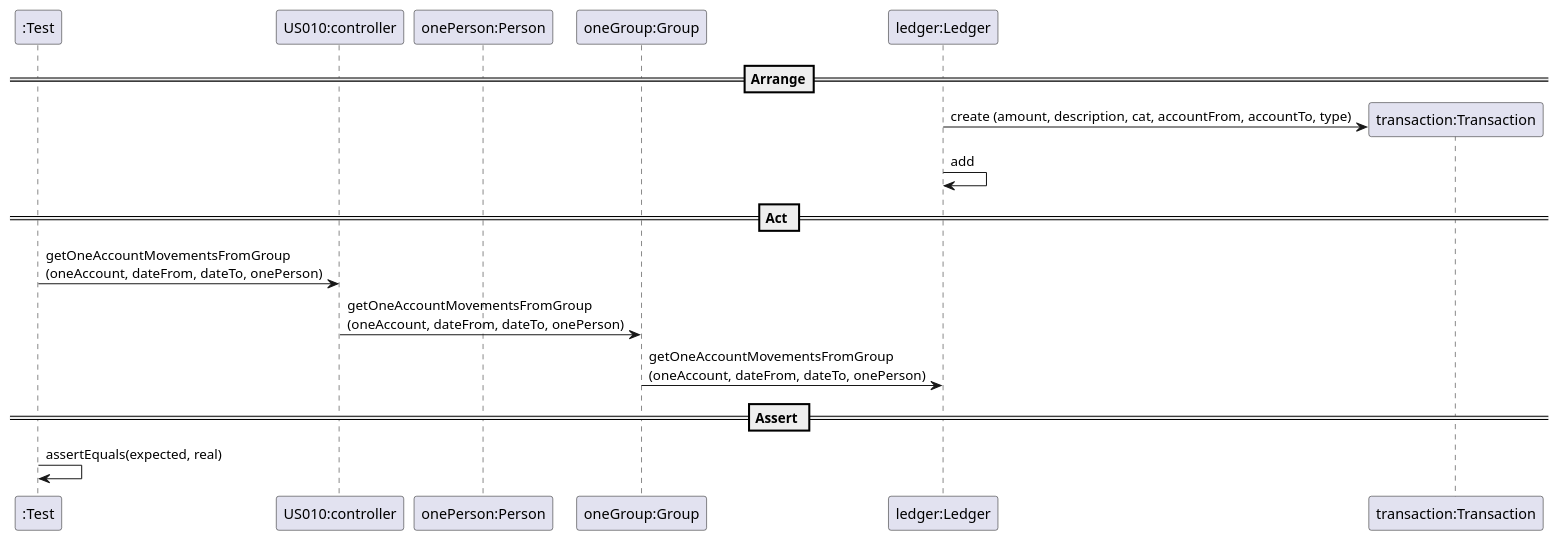
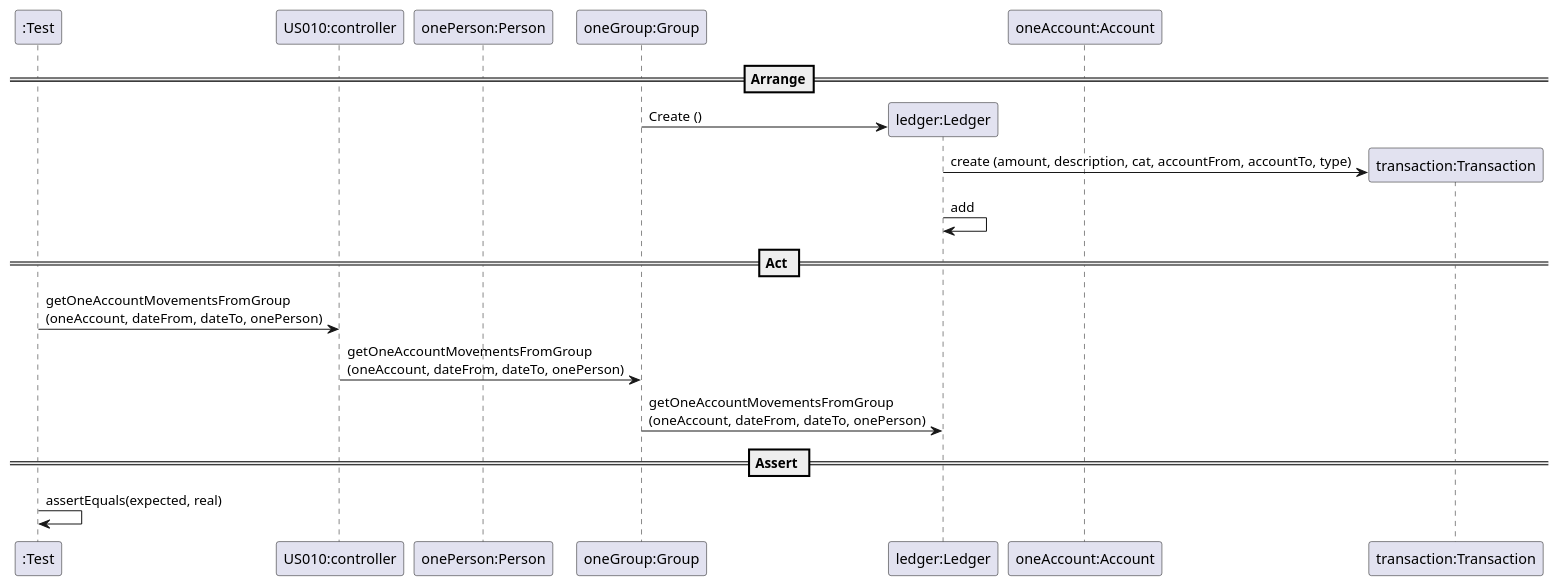
Before and after one commit to mleitaoribeiro/DevOpsMaven: the diagram in docs/SequenceDiagram - US010 - B.puml, drawn with PlantUML.

Commit message:
ref #389: changed Sequence Diagram - US010 - B

```diff
--- a/docs/SequenceDiagram - US010 - B.puml
+++ b/docs/SequenceDiagram - US010 - B.puml
@@ -1,32 +1,36 @@
 @startuml
 create ":Test"
 
 ==Arrange==
 
 create "US010:controller"
 
 create "onePerson:Person"
 
 create "oneGroup:Group"
 
 create "ledger:Ledger"
+
+"oneGroup:Group" -> "ledger:Ledger" : Create ()
+
+create "oneAccount:Account"
 
 create "transaction:Transaction"
 
 
 "ledger:Ledger" -> "transaction:Transaction" : create (amount, description, cat, accountFrom, accountTo, type)
 "ledger:Ledger" -> "ledger:Ledger" : add
 
 == Act ==
 
 ":Test" -> "US010:controller" : getOneAccountMovementsFromGroup\n(oneAccount, dateFrom, dateTo, onePerson)
 
 "US010:controller" -> "oneGroup:Group" : getOneAccountMovementsFromGroup\n(oneAccount, dateFrom, dateTo, onePerson)
 
 "oneGroup:Group" -> "ledger:Ledger" : getOneAccountMovementsFromGroup\n(oneAccount, dateFrom, dateTo, onePerson)
 
 == Assert ==
 
 ":Test" -> ":Test" : assertEquals(expected, real)
 
 @enduml
```
